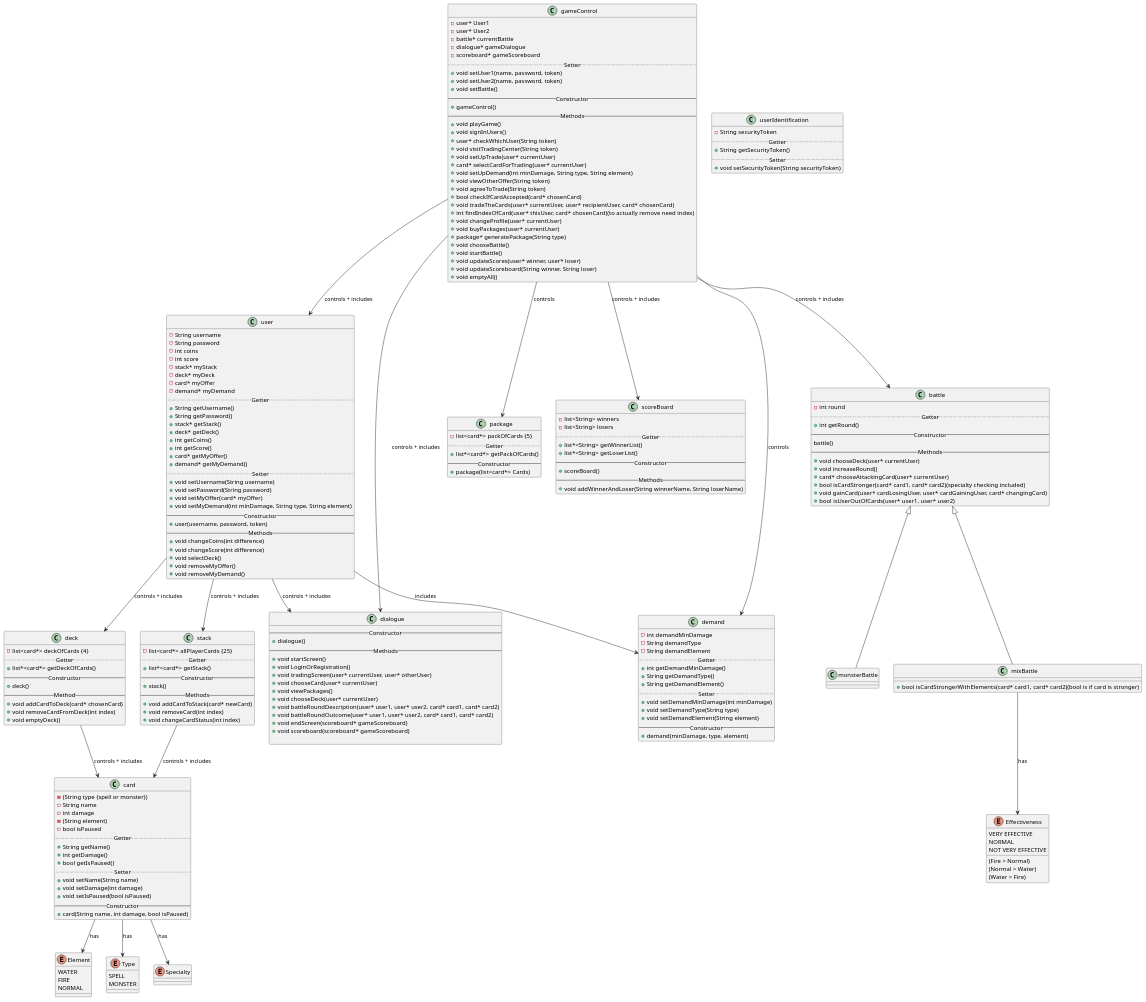
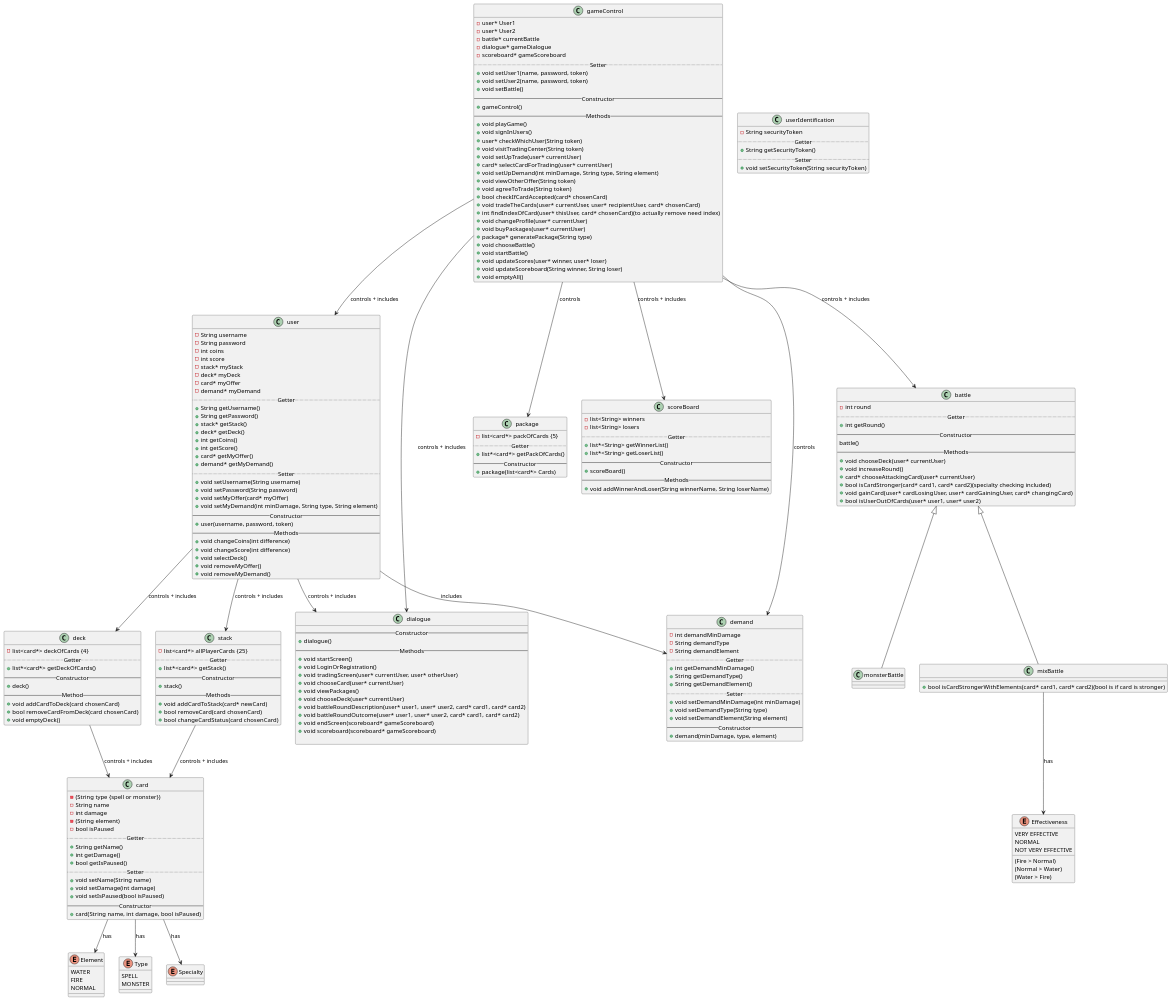
The diagram in Monster-Trading-Card-Game/classdiagram.puml (marlis-t/MonsterTradingCardGame), drawn with PlantUML before and after one commit. The commit also changed 3 other files, not shown here.

Commit message:
added stack class, changes to classdiagram

```diff
--- a/Monster-Trading-Card-Game/classdiagram.puml
+++ b/Monster-Trading-Card-Game/classdiagram.puml
@@ -88,8 +88,8 @@
     --Constructor--
     +deck()
     --Method--
-    +void addCardToDeck(card* chosenCard)
-    +void removeCardFromDeck(int index)
+    +void addCardToDeck(card chosenCard)
+    +bool removeCardFromDeck(card chosenCard)
     +void emptyDeck()
 }
 
@@ -109,8 +109,8 @@
     +stack()
     --Methods--
     +void addCardToStack(card* newCard)
-    +void removeCard(int index)
-    +void changeCardStatus(int index)
+    +bool removeCard(card chosenCard)
+    +bool changeCardStatus(card chosenCard)
 }
 
 class scoreBoard{
```
